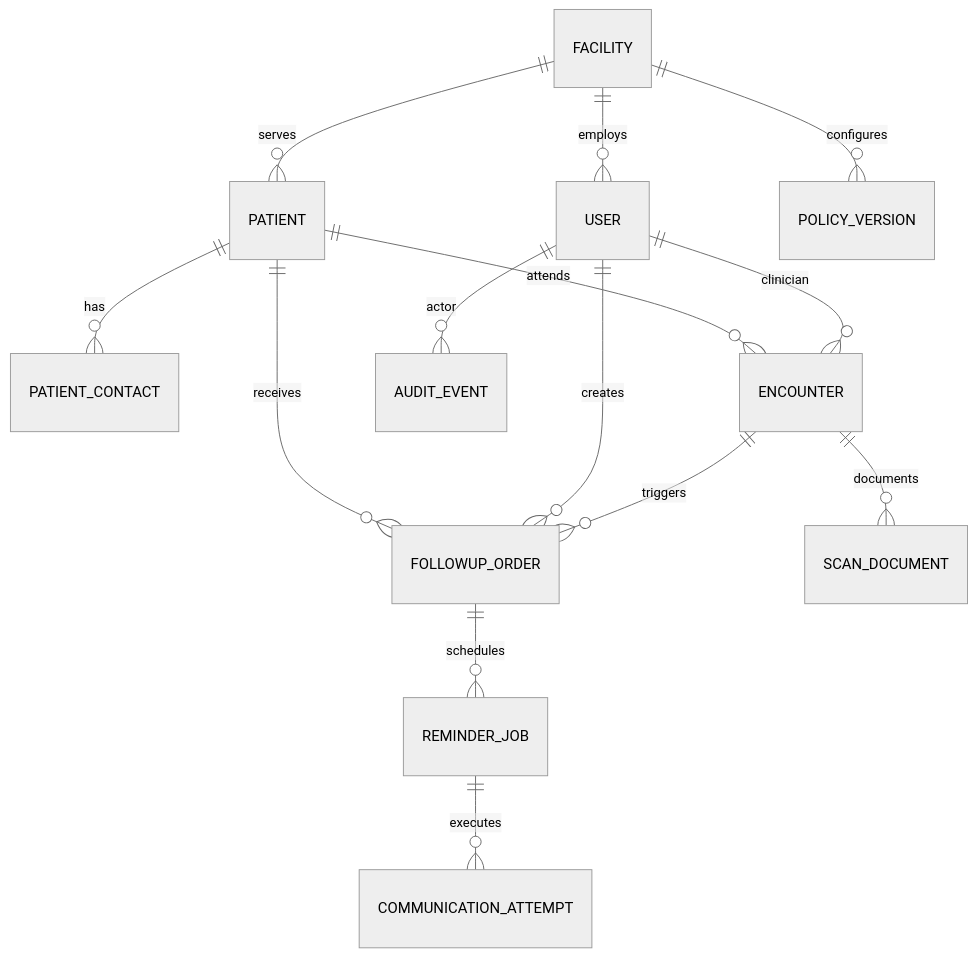
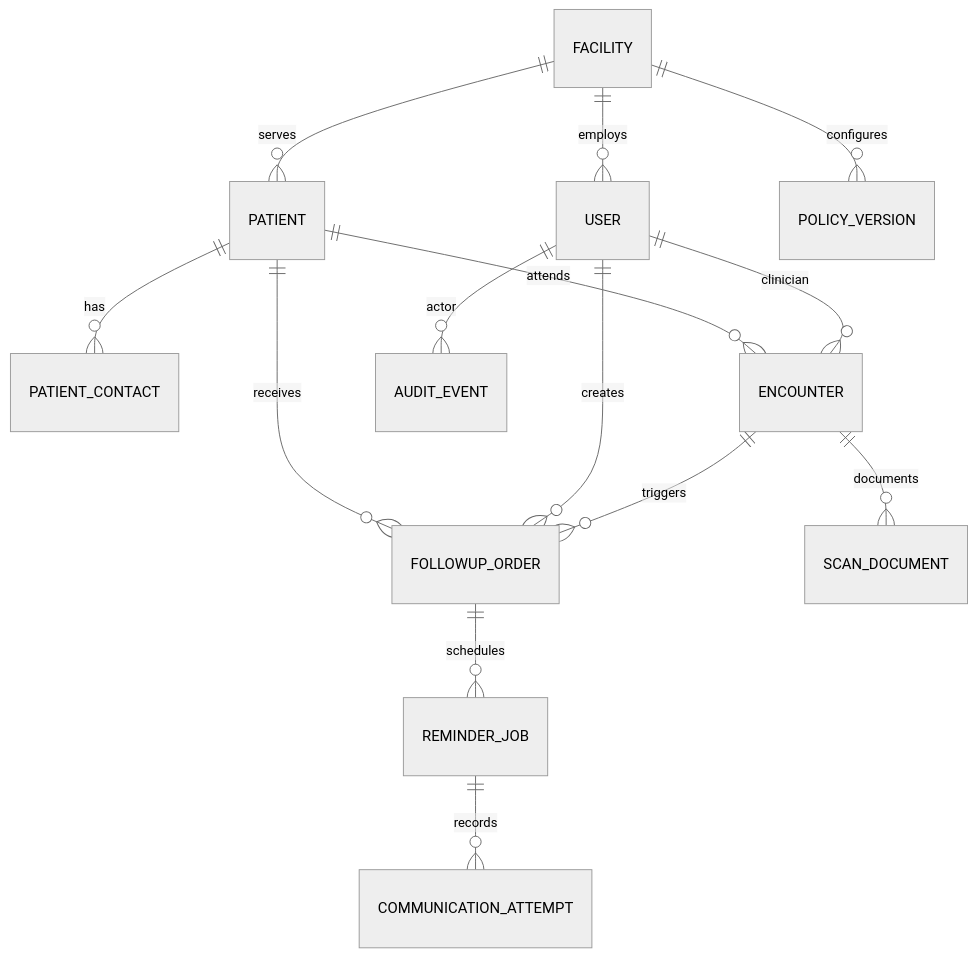
Before and after one commit to arthur44558/FF1: the second of 2 diagrams in README.md, drawn with Mermaid (neutral theme). The commit also changed other lines of this file and 11 other files, not shown here.

````diff
--- a/README.md
+++ b/README.md
@@ -110,16 +237,16 @@
 ```mermaid
 erDiagram
     FACILITY ||--o{ USER : "employs"
     FACILITY ||--o{ PATIENT : "serves"
     FACILITY ||--o{ POLICY_VERSION : "configures"
     PATIENT ||--o{ PATIENT_CONTACT : "has"
     PATIENT ||--o{ ENCOUNTER : "attends"
     PATIENT ||--o{ FOLLOWUP_ORDER : "receives"
     USER ||--o{ ENCOUNTER : "clinician"
     USER ||--o{ FOLLOWUP_ORDER : "creates"
     ENCOUNTER ||--o{ SCAN_DOCUMENT : "documents"
     ENCOUNTER ||--o{ FOLLOWUP_ORDER : "triggers"
     FOLLOWUP_ORDER ||--o{ REMINDER_JOB : "schedules"
-    REMINDER_JOB ||--o{ COMMUNICATION_ATTEMPT : "executes"
+    REMINDER_JOB ||--o{ COMMUNICATION_ATTEMPT : "records"
     USER ||--o{ AUDIT_EVENT : "actor"
 ```
````
